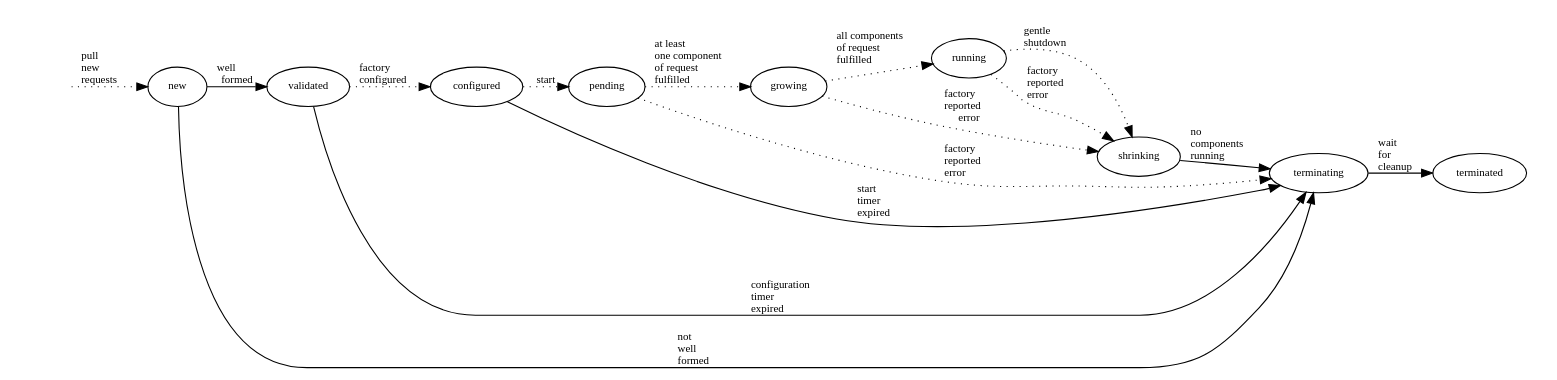
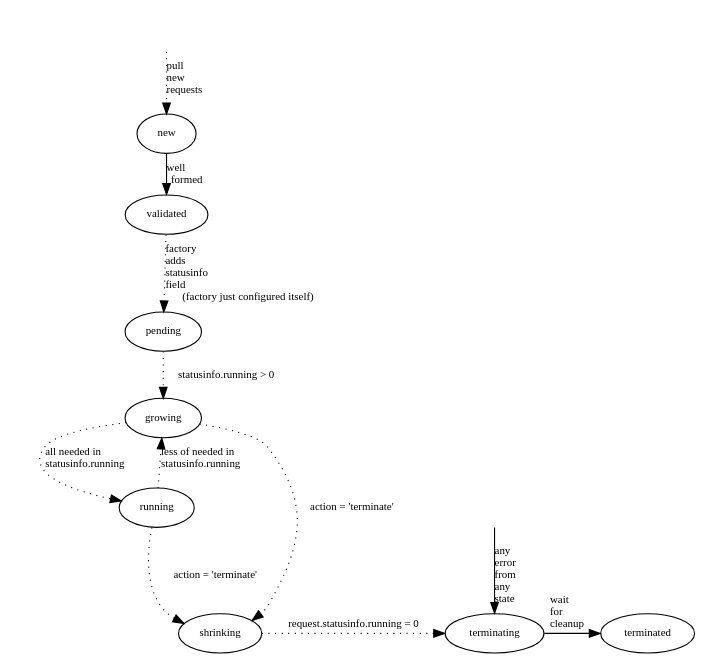
The diagram in diagrams/request_state_diagram.dot (vc3-project/vc3-docs), drawn with Graphviz before and after one commit.

Commit message:
update handle request diagram

```diff
--- a/diagrams/request_state_diagram.dot
+++ b/diagrams/request_state_diagram.dot
@@ -1,57 +1,61 @@
 digraph requests {
     compound = true;
     #concentrate = true;
     ratio = compress;
     size="20";
-    rankdir="LR";
+    #rankdir="LR";
 
-    ranksep = 0.25;
-    nodesep = 0.25;
+    ranksep = 0.15;
+    nodesep = 0.15;
 
     node [fontsize=10]
     edge [fontsize=10];
 
     infoservice [shape = none ][ label = "" ];
 
-    subgraph cluster_normalstates {
+    subgraph cluster_configstates {
         style = invis;
         new;
         validated;
-        configured;
         pending;
+    }
+
+    subgraph cluster_runningstates {
+        style = invis;
         growing;
+        shrinking;
         running;
     }
 
     subgraph cluster_endingstates {
         style = invis;
-        shrinking;
         terminating;
         terminated;
+
+        terminating_all [shape = none][ label = ""]
     }
+
+    {rank=same shrinking terminating terminated}
 
     infoservice -> new [ style = dotted ][ label = "pull\lnew\lrequests\l" ];
 
     new -> validated   [ label = "well\lformed" ];
-    new -> terminating [ label = "not\lwell\lformed\l" ];
 
-    validated -> configured  [ label = "factory\lconfigured\l" ][ style = dotted ];
-    validated -> terminating [ label = "configuration\ltimer\lexpired\l" ];
+    validated -> pending  [ label = "factory\ladds\lstatusinfo\lfield\l(factory just configured itself)" ][ style = dotted ];
 
-    configured -> pending     [ label = "start" ][ style = dotted ];
-    configured -> terminating [ label = "start\ltimer\lexpired\l" ];
+    pending    -> growing     [ label = "statusinfo.running > 0" ][ style = dotted ];
 
-    pending    -> growing     [ label = "at least\lone component\lof request\lfulfilled\l" ][ style = dotted ];
-    pending    -> terminating [ label = "factory\lreported\lerror\l" ][ style = dotted ];
+    growing    -> running     [ label = "all needed in\lstatusinfo.running\l" ][ style = dotted ];
 
-    growing    -> running     [ label = "all components\lof request\lfulfilled\l" ][ style = dotted ];
-    growing    -> shrinking   [ label = "factory\lreported\lerror" ][ style = dotted ];
+    growing    -> shrinking   [ label = "action = 'terminate'" ][ style = dotted ];
 
-    running    -> shrinking   [ label = "\lgentle\lshutdown\l" ][ style = dotted ];
-    running    -> shrinking   [ label = "factory\lreported\lerror\l" ][ style = dotted ];
+    running    -> growing     [ label = "less of needed in\lstatusinfo.running\l" ][ style = dotted ];
+    running    -> shrinking   [ label = "action = 'terminate'" ][ style = dotted ];
 
-    shrinking  -> terminating [ label = "no\lcomponents\lrunning\l"][ styel = dotted ];
-
+    shrinking  -> terminating [ label = "request.statusinfo.running = 0"][ style = dotted ];
 
     terminating -> terminated [ label = "wait\lfor\lcleanup\l" ];
+
+    terminating_all -> terminating [ label ="any\lerror\lfrom\lany\lstate\l" ]
+
 }
```
